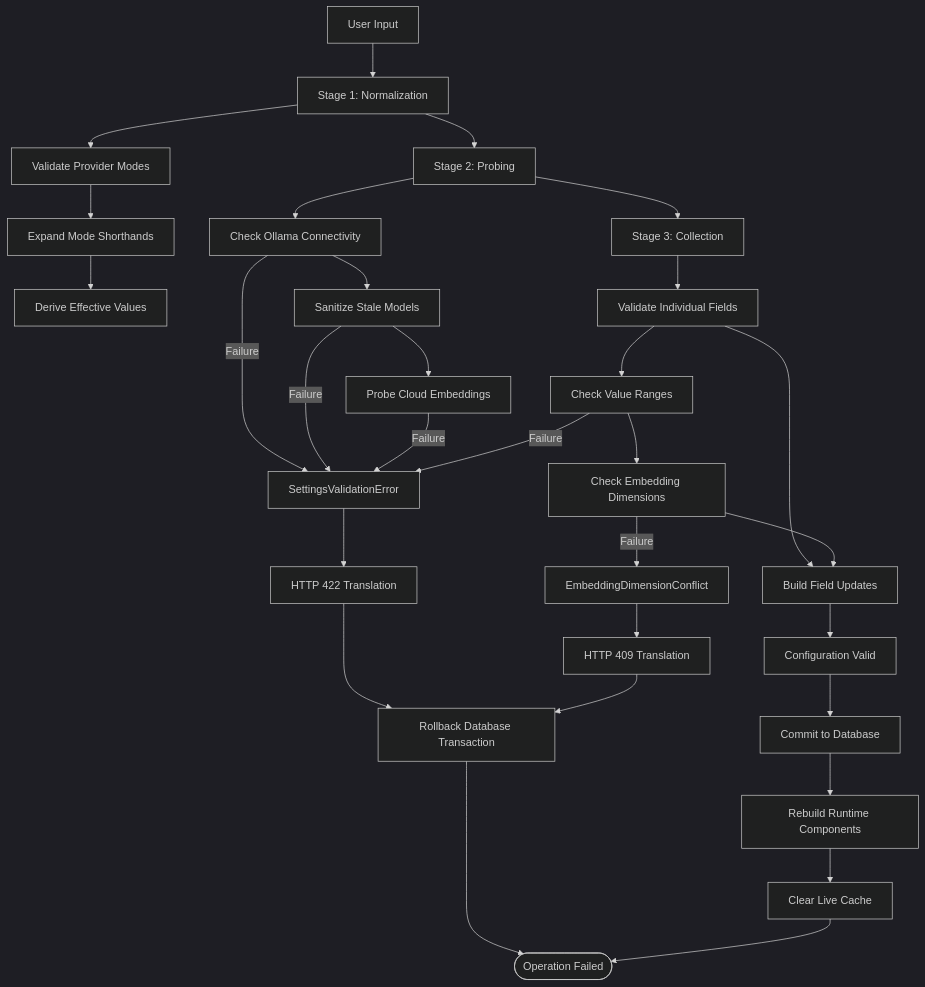
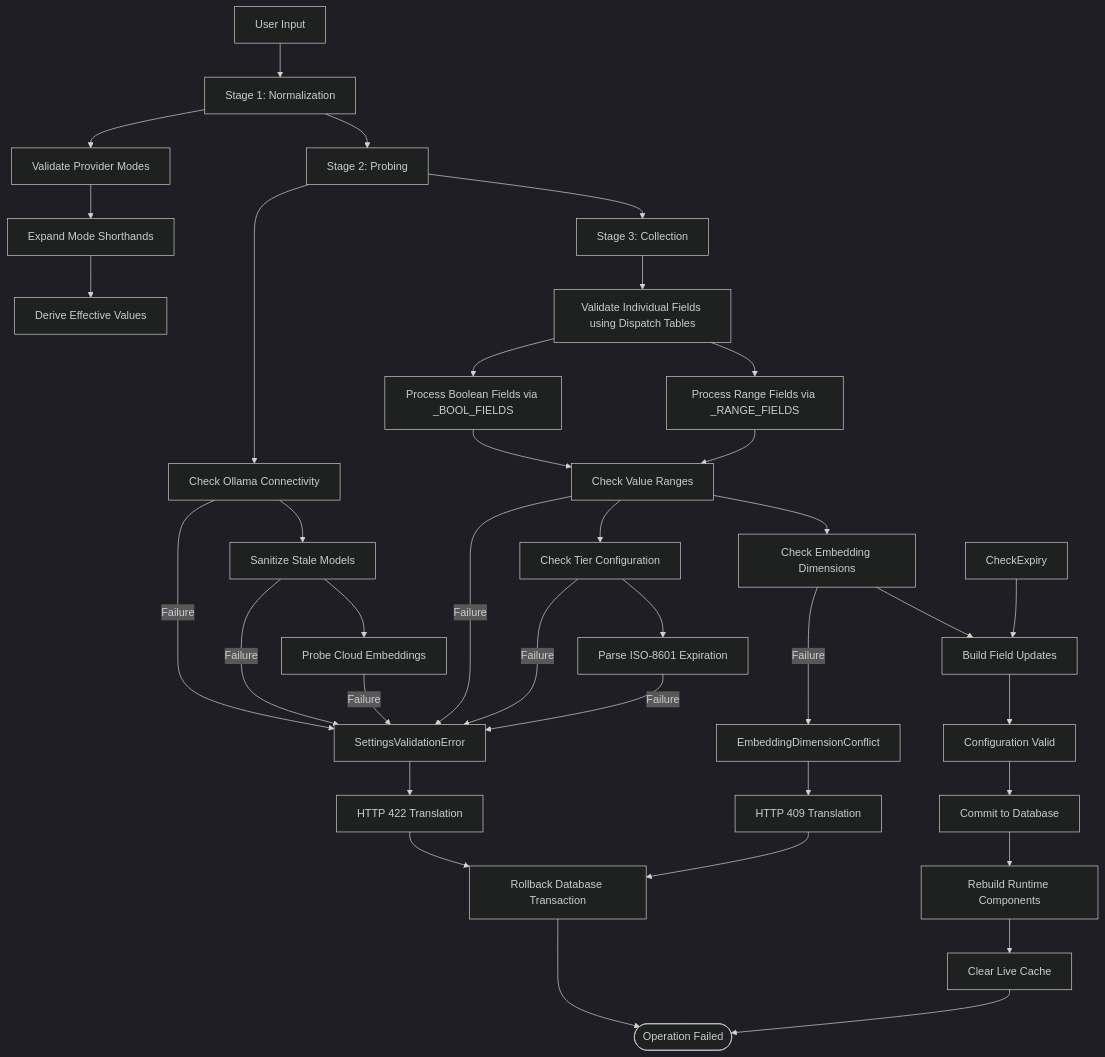
Before and after one commit to genes8/private-ai: the tenth of 10 diagrams in .qoder/repowiki/en/content/Backend Development/Settings Management System.md, drawn with Mermaid (dark theme). The commit also changed other lines of this file and 101 other files, not shown here.

````diff
--- a/.qoder/repowiki/en/content/Backend Development/Settings Management System.md
+++ b/.qoder/repowiki/en/content/Backend Development/Settings Management System.md
@@ -419,32 +520,39 @@
 ```mermaid
 flowchart TD
 Input[User Input] --> Stage1[Stage 1: Normalization]
 Stage1 --> Stage2[Stage 2: Probing]
 Stage2 --> Stage3[Stage 3: Collection]
 Stage1 --> ValidateModes[Validate Provider Modes]
 ValidateModes --> ExpandShorthands[Expand Mode Shorthands]
 ExpandShorthands --> DeriveEffective[Derive Effective Values]
 Stage2 --> CheckOllama[Check Ollama Connectivity]
 CheckOllama --> SanitizeModels[Sanitize Stale Models]
 SanitizeModels --> ProbeCloud[Probe Cloud Embeddings]
-Stage3 --> ValidateFields[Validate Individual Fields]
-ValidateFields --> CheckRanges[Check Value Ranges]
+Stage3 --> ValidateFields[Validate Individual Fields using Dispatch Tables]
+ValidateFields --> BoolDispatch[Process Boolean Fields via _BOOL_FIELDS]
+ValidateFields --> RangeDispatch[Process Range Fields via _RANGE_FIELDS]
+BoolDispatch --> CheckRanges[Check Value Ranges]
+RangeDispatch --> CheckRanges
 CheckRanges --> CheckDimensions[Check Embedding Dimensions]
-ValidateFields --> FieldUpdates[Build Field Updates]
-CheckDimensions --> FieldUpdates
+CheckRanges --> CheckTierConfig[Check Tier Configuration]
+CheckTierConfig --> ParseExpiry[Parse ISO-8601 Expiration]
+CheckDimensions --> FieldUpdates[Build Field Updates]
+CheckExpiry --> FieldUpdates
 FieldUpdates --> Success[Configuration Valid]
 CheckOllama --> |Failure| DomainError[SettingsValidationError]
 SanitizeModels --> |Failure| DomainError
 ProbeCloud --> |Failure| DomainError
 CheckRanges --> |Failure| DomainError
 CheckDimensions --> |Failure| DimensionConflict[EmbeddingDimensionConflict]
+CheckTierConfig --> |Failure| DomainError
+ParseExpiry --> |Failure| DomainError
 DomainError --> HTTP422[HTTP 422 Translation]
 DimensionConflict --> HTTP409[HTTP 409 Translation]
 HTTP422 --> Rollback[Rollback Database Transaction]
 HTTP409 --> Rollback
 Rollback --> End([Operation Failed])
 Success --> Commit[Commit to Database]
 Commit --> RebuildRuntime[Rebuild Runtime Components]
 RebuildRuntime --> ClearCache[Clear Live Cache]
 ClearCache --> End
 ```
````
